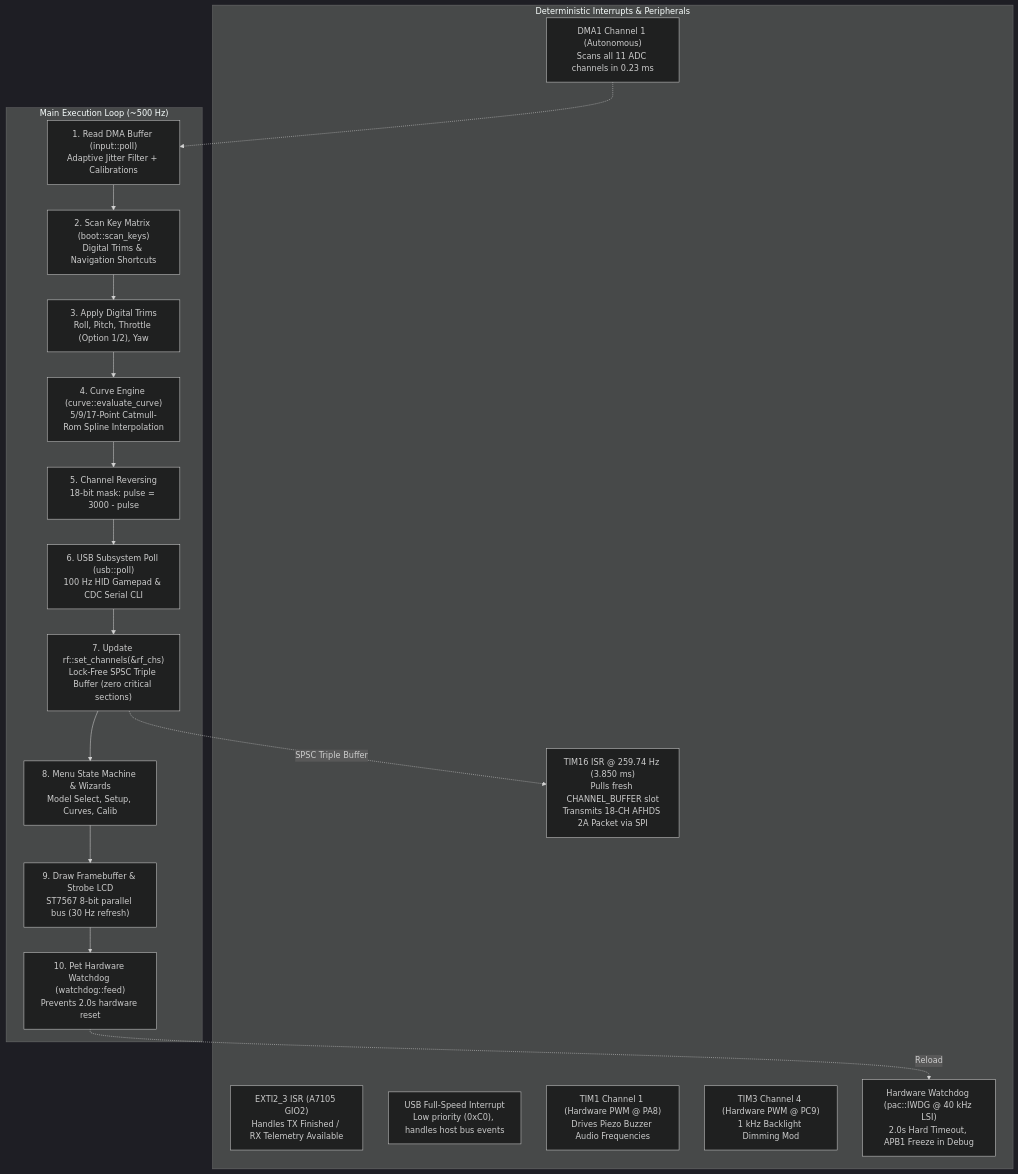
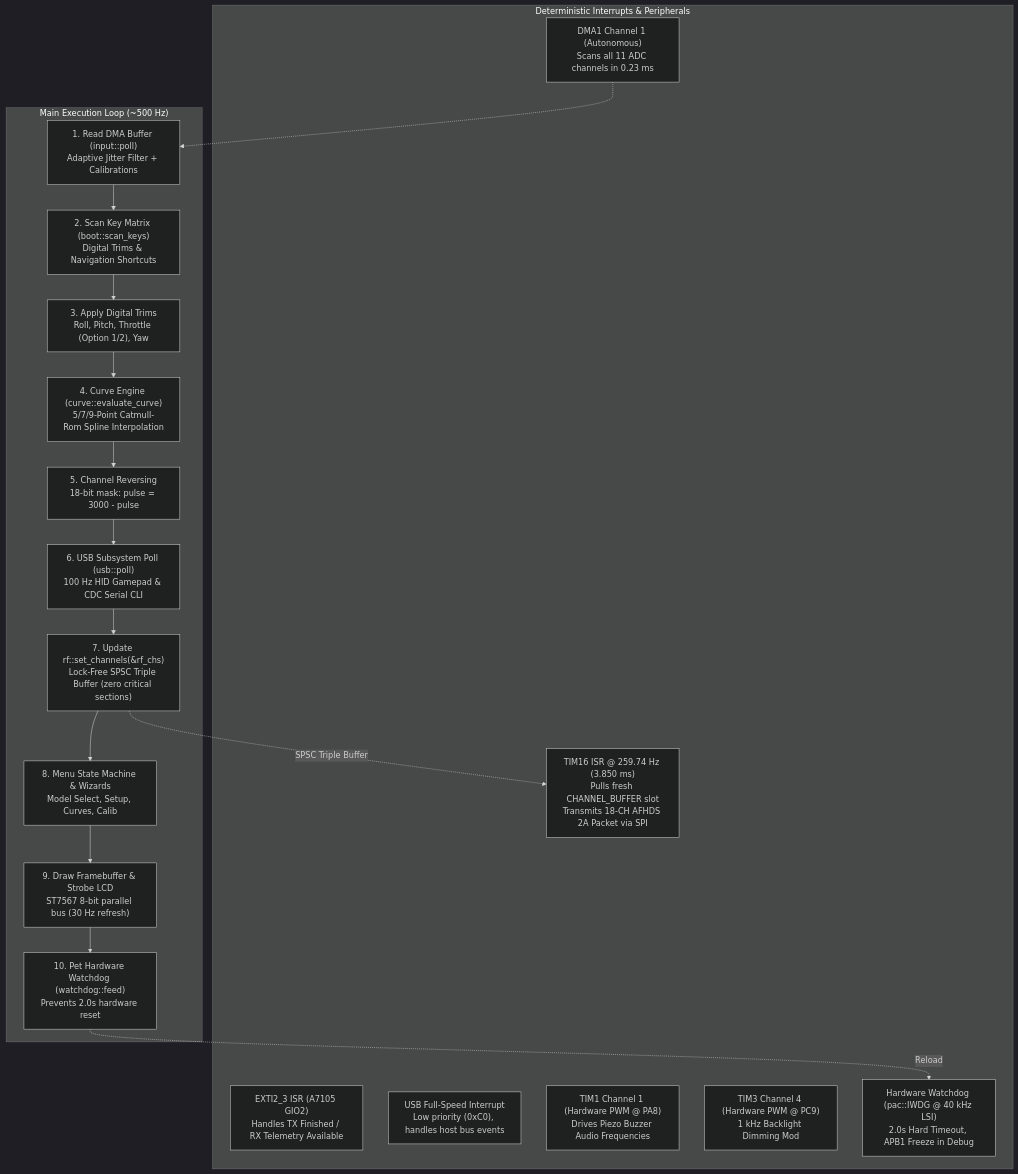
The first of 2 diagrams in docs/ARCHITECTURE.md (ferrox-rc/flysky-i6x-rs), drawn with Mermaid (dark theme) before and after one commit. The commit also changed other lines of this file and 8 other files, not shown here.

Commit message:
feat(curve): switch throttle/pitch curves to 5, 7, and 9-point modes

````diff
--- a/docs/ARCHITECTURE.md
+++ b/docs/ARCHITECTURE.md
@@ -36,30 +36,30 @@
 ```mermaid
 flowchart TD
     subgraph Hardware_Timers ["Deterministic Interrupts & Peripherals"]
         TIM16["TIM16 ISR @ 259.74 Hz (3.850 ms)<br>Pulls fresh CHANNEL_BUFFER slot<br>Transmits 18-CH AFHDS 2A Packet via SPI"]
         EXTI["EXTI2_3 ISR (A7105 GIO2)<br>Handles TX Finished / RX Telemetry Available"]
         DMA["DMA1 Channel 1 (Autonomous)<br>Scans all 11 ADC channels in 0.23 ms"]
         USB_IRQ["USB Full-Speed Interrupt<br>Low priority (0xC0), handles host bus events"]
         PWM_Audio["TIM1 Channel 1 (Hardware PWM @ PA8)<br>Drives Piezo Buzzer Audio Frequencies"]
         PWM_BL["TIM3 Channel 4 (Hardware PWM @ PC9)<br>1 kHz Backlight Dimming Mod"]
         IWDG["Hardware Watchdog (pac::IWDG @ 40 kHz LSI)<br>2.0s Hard Timeout, APB1 Freeze in Debug"]
     end
 
     subgraph Main_Thread ["Main Execution Loop (~500 Hz)"]
         ADC_Poll["1. Read DMA Buffer (input::poll)<br>Adaptive Jitter Filter + Calibrations"]
         Keys["2. Scan Key Matrix (boot::scan_keys)<br>Digital Trims & Navigation Shortcuts"]
         Trims["3. Apply Digital Trims<br>Roll, Pitch, Throttle (Option 1/2), Yaw"]
-        Curves["4. Curve Engine (curve::evaluate_curve)<br>5/9/17-Point Catmull-Rom Spline Interpolation"]
+        Curves["4. Curve Engine (curve::evaluate_curve)<br>5/7/9-Point Catmull-Rom Spline Interpolation"]
         Rev["5. Channel Reversing<br>18-bit mask: pulse = 3000 - pulse"]
         USB_Poll["6. USB Subsystem Poll (usb::poll)<br>100 Hz HID Gamepad & CDC Serial CLI"]
         RF_Update["7. Update rf::set_channels(&rf_chs)<br>Lock-Free SPSC Triple Buffer (zero critical sections)"]
         Menu_Router["8. Menu State Machine & Wizards<br>Model Select, Setup, Curves, Calib"]
         LCD_Draw["9. Draw Framebuffer & Strobe LCD<br>ST7567 8-bit parallel bus (30 Hz refresh)"]
         WDT_Feed["10. Pet Hardware Watchdog (watchdog::feed)<br>Prevents 2.0s hardware reset"]
     end
 
     DMA -.-> ADC_Poll
     ADC_Poll --> Keys --> Trims --> Curves --> Rev --> USB_Poll --> RF_Update --> Menu_Router --> LCD_Draw --> WDT_Feed
     RF_Update -. SPSC Triple Buffer .-> TIM16
     WDT_Feed -. Reload .-> IWDG
 ```
````
